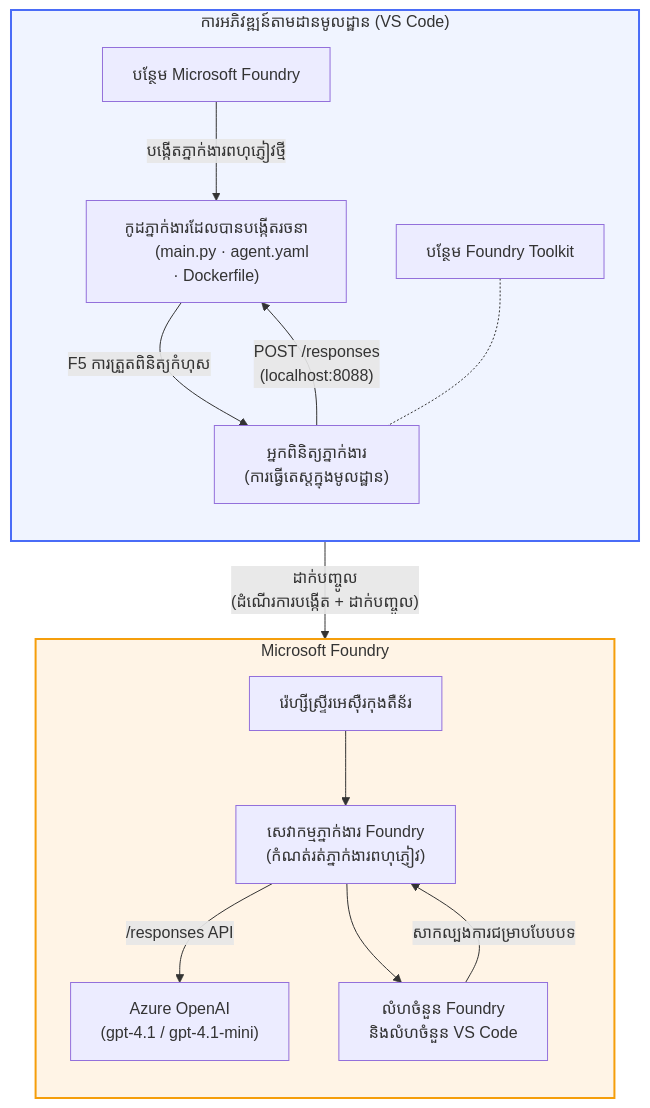
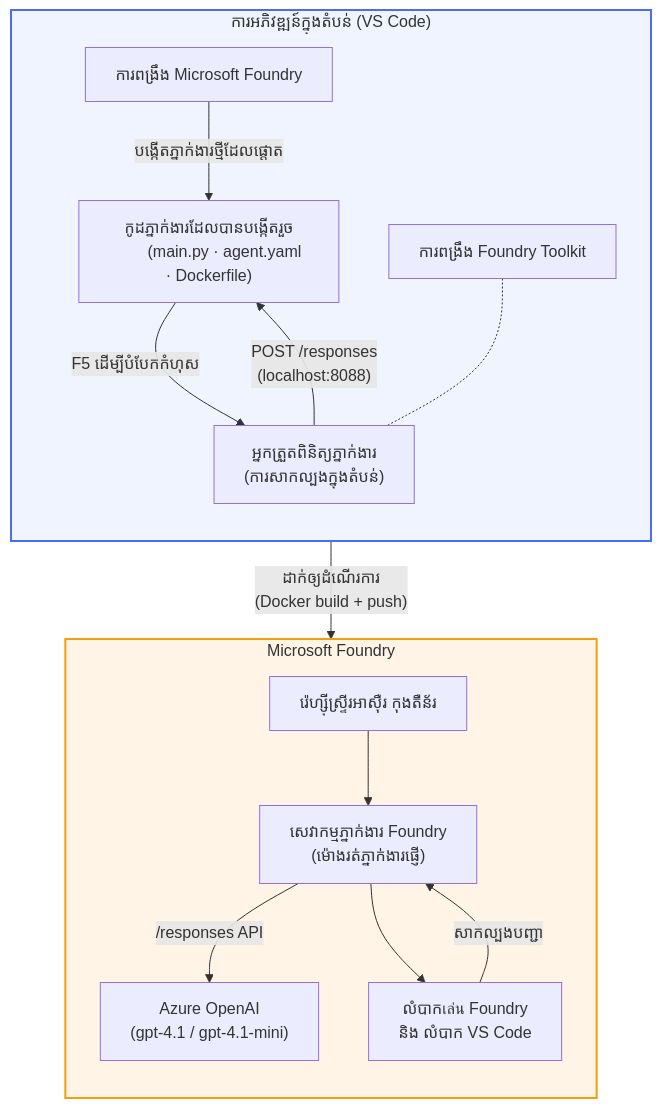
One commit to microsoft-foundry/Foundry_Toolkit_for_VSCode_Lab changed the diagram in translations/km/README.md. Above: the diagram before and after it, drawn with Mermaid. The commit also changed other lines of this file and 110 other files, not shown here.

````diff
--- a/translations/km/README.md
+++ b/translations/km/README.md
@@ -48,38 +52,38 @@
 ```mermaid
 flowchart TB
-    subgraph Local["ការអភិវឌ្ឍន៍តាមដានមូលដ្ឋាន (VS Code)"]
+    subgraph Local["ការអភិវឌ្ឍន៍ក្នុងតំបន់ (VS Code)"]
         direction TB
-        FE["បន្ថែម Microsoft Foundry"]
-        FoundryToolkit["បន្ថែម Foundry Toolkit"]
-        Scaffold["កូដភ្នាក់ងារដែលបានបង្កើតរចនា
+        FE["ការពង្រឹង Microsoft Foundry"]
+        FoundryToolkit["ការពង្រឹង Foundry Toolkit"]
+        Scaffold["កូដភ្នាក់ងារដែលបានបង្កើតរួច
         (main.py · agent.yaml · Dockerfile)"]
-        Inspector["អ្នកពិនិត្យភ្នាក់ងារ
-        (ការធ្វើតេស្តក្នុងមូលដ្ឋាន)"]
-        FE -- "បង្កើតភ្នាក់ងារពហុភ្ញៀវថ្មី" --> Scaffold
-        Scaffold -- "F5 ការត្រួតពិនិត្យកំហុស" --> Inspector
+        Inspector["អ្នកត្រួតពិនិត្យភ្នាក់ងារ
+        (ការសាកល្បងក្នុងតំបន់)"]
+        FE -- "បង្កើតភ្នាក់ងារថ្មីដែលផ្តោត" --> Scaffold
+        Scaffold -- "F5 ដើម្បីបំបែកកំហុស" --> Inspector
         FoundryToolkit -.- Inspector
     end
 
     subgraph Cloud["Microsoft Foundry"]
         direction TB
-        ACR["រ៉េហ្សីស្ទ្រីរអេស៊ឺរកុងតឺន័រ"]
+        ACR["រ៉េហ្ស៊ីស្ទ្រីរអាស៊ឺរ កុងតឺន័រ"]
         AgentService["សេវាកម្មភ្នាក់ងារ Foundry
-        (កំណត់រត់ភ្នាក់ងារពហុភ្ញៀវ)"]
+        (ម៉ោងរត់ភ្នាក់ងារផ្ញើ)"]
         Model["Azure OpenAI
         (gpt-4.1 / gpt-4.1-mini)"]
-        Playground["លំហចំនួន Foundry
-        និងលំហចំនួន VS Code"]
+        Playground["លំបាកเล่น Foundry
+        និង លំបាក VS Code"]
         ACR --> AgentService
         AgentService -- "/responses API" --> Model
         AgentService --> Playground
     end
 
-    Scaffold -- "ដាក់បញ្ចូល
-    (ដំណើរការបង្កើត + ដាក់បញ្ចូល)" --> ACR
+    Scaffold -- "ដាក់ឲ្យដំណើរការ
+    (Docker build + push)" --> ACR
     Inspector -- "POST /responses
     (localhost:8088)" --> Scaffold
-    Playground -- "សាកល្បងការជម្រាបបែបបទ" --> AgentService
+    Playground -- "សាកល្បងបញ្ជា" --> AgentService
 
     style Local fill:#f0f4ff,stroke:#4a6cf7,stroke-width:2px
     style Cloud fill:#fff4e6,stroke:#f59e0b,stroke-width:2px
 ```
````
